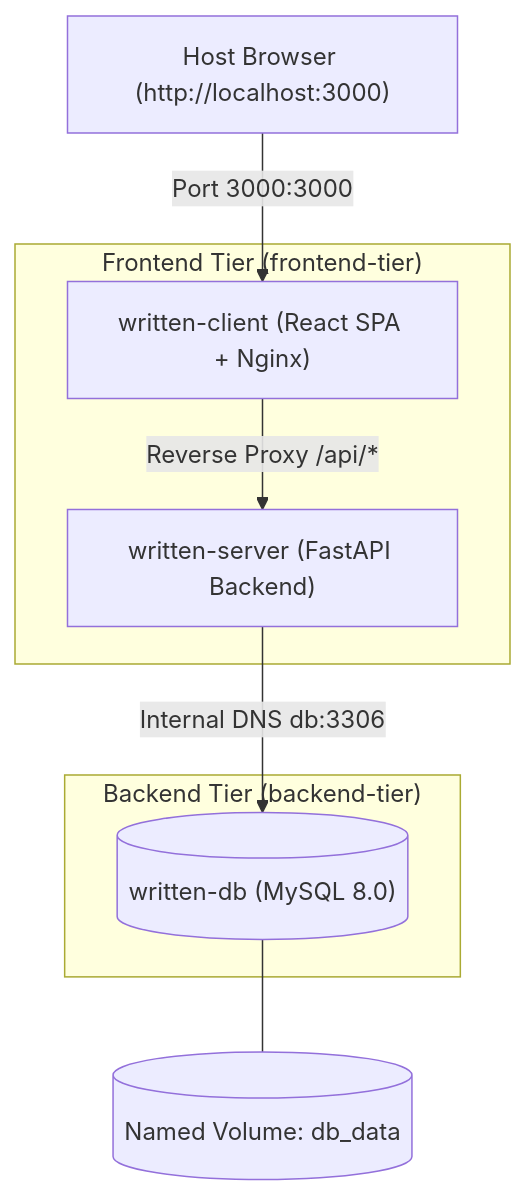
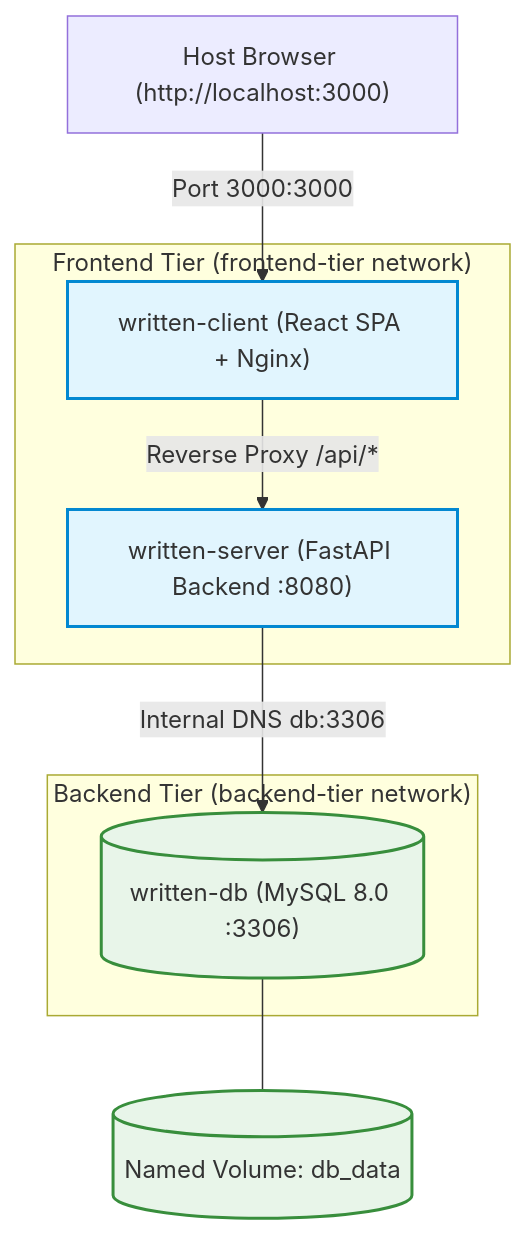
One commit to Hasibul-Islam-Shanto/3-days-docker changed the first of 2 diagrams in README.md. Above: the diagram before and after it, drawn with Mermaid. The commit also changed other lines of this file and 1 other file, not shown here.

````diff
--- a/README.md
+++ b/README.md
@@ -164,17 +58,23 @@
 ```mermaid
 graph TD
     User["Host Browser (http://localhost:3000)"] -->|Port 3000:3000| Client["written-client (React SPA + Nginx)"]
-    Client -->|Reverse Proxy /api/*| Server["written-server (FastAPI Backend)"]
-    Server -->|Internal DNS db:3306| DB[("written-db (MySQL 8.0)")]
+    Client -->|Reverse Proxy /api/*| Server["written-server (FastAPI Backend :8080)"]
+    Server -->|Internal DNS db:3306| DB[("written-db (MySQL 8.0 :3306)")]
     DB --- Volume[("Named Volume: db_data")]
 
-    subgraph "Frontend Tier (frontend-tier)"
+    subgraph "Frontend Tier (frontend-tier network)"
         Client
         Server
     end
 
-    subgraph "Backend Tier (backend-tier)"
+    subgraph "Backend Tier (backend-tier network)"
         Server
         DB
     end
+
+    classDef network fill:#f9f9f9,stroke:#333,stroke-width:1px,stroke-dasharray: 5 5;
+    classDef service fill:#e1f5fe,stroke:#0288d1,stroke-width:2px;
+    classDef db fill:#e8f5e9,stroke:#388e3c,stroke-width:2px;
+    class Client,Server service;
+    class DB,Volume db;
 ```
````
